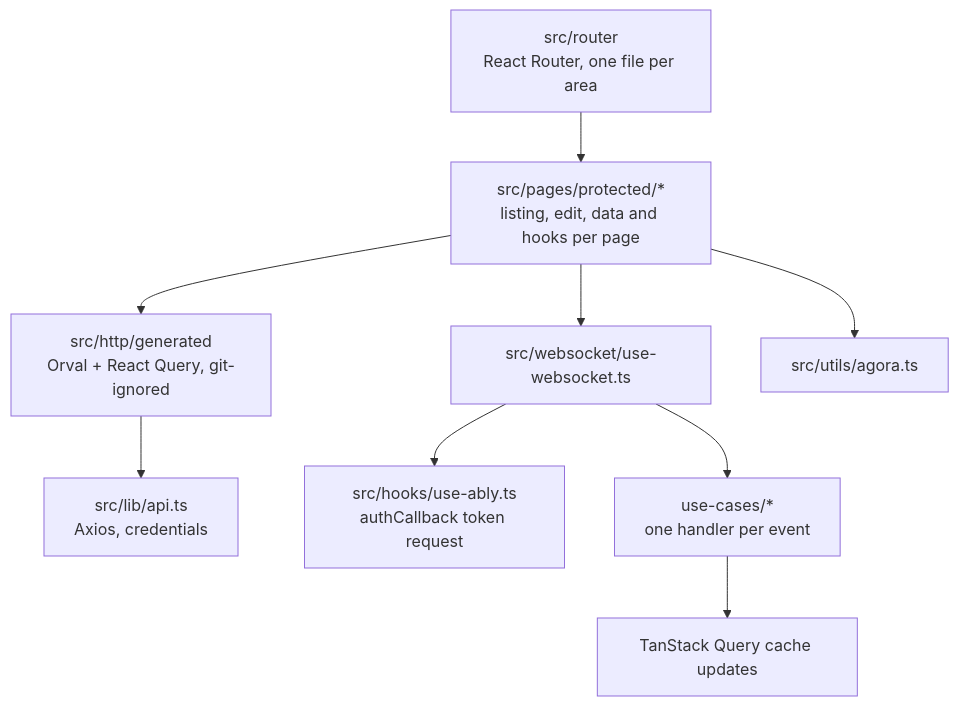
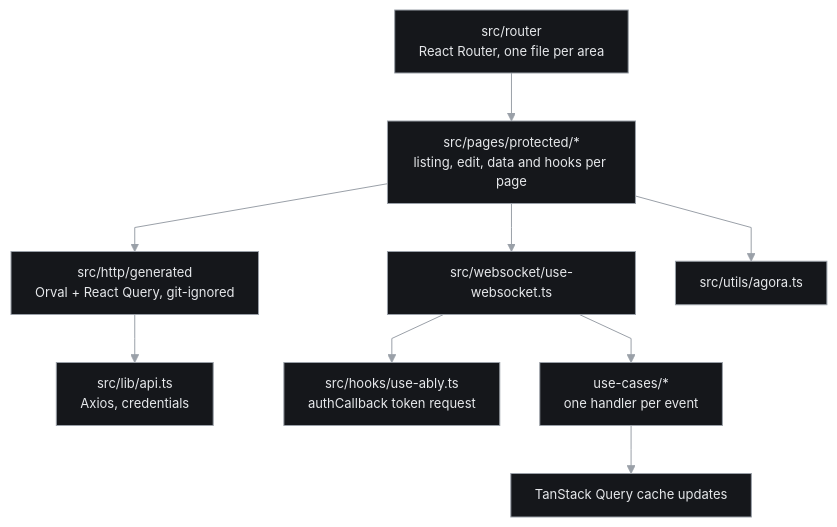
The second of 3 diagrams in README.md (mkwitko/ambulance-fleet-dashboard), drawn with Mermaid before and after one commit. The commit also changed other lines of this file and 6 other files, not shown here.

Commit message:
brand: framed screenshots and diagram palette (#5)

````diff
--- a/README.md
+++ b/README.md
@@ -52,11 +53,12 @@
 ```mermaid
+%%{init: {"theme":"base","themeVariables":{"background":"#0B0C0E","primaryColor":"#15171B","primaryTextColor":"#E6E8EB","primaryBorderColor":"#9AA0A8","secondaryColor":"#1E2126","tertiaryColor":"#1E2126","lineColor":"#9AA0A8","textColor":"#E6E8EB","clusterBkg":"#101216","clusterBorder":"#2A2E35","edgeLabelBackground":"#0B0C0E","actorBkg":"#15171B","actorBorder":"#9AA0A8","actorTextColor":"#E6E8EB","signalColor":"#9AA0A8","signalTextColor":"#E6E8EB","noteBkgColor":"#1E2126","noteTextColor":"#E6E8EB","noteBorderColor":"#2A2E35","fontFamily":"ui-monospace, SFMono-Regular, Menlo, monospace","fontSize":"13px"}, "flowchart":{"curve":"linear","nodeSpacing":40,"rankSpacing":48,"padding":12}}}%%
 flowchart TB
   Router[src/router<br/>React Router, one file per area] --> Pages[src/pages/protected/*<br/>listing, edit, data and hooks per page]
   Pages --> Gen[src/http/generated<br/>Orval + React Query, git-ignored]
   Gen --> Axios[src/lib/api.ts<br/>Axios, credentials]
   Pages --> WS[src/websocket/use-websocket.ts]
   WS --> Ably[src/hooks/use-ably.ts<br/>authCallback token request]
   WS --> Cases[use-cases/*<br/>one handler per event]
   Cases --> Cache[TanStack Query cache updates]
   Pages --> Radio[src/utils/agora.ts]
 ```
````
